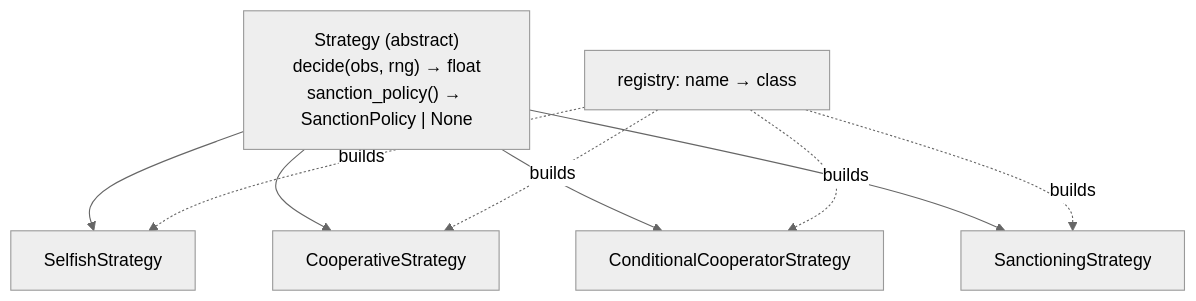
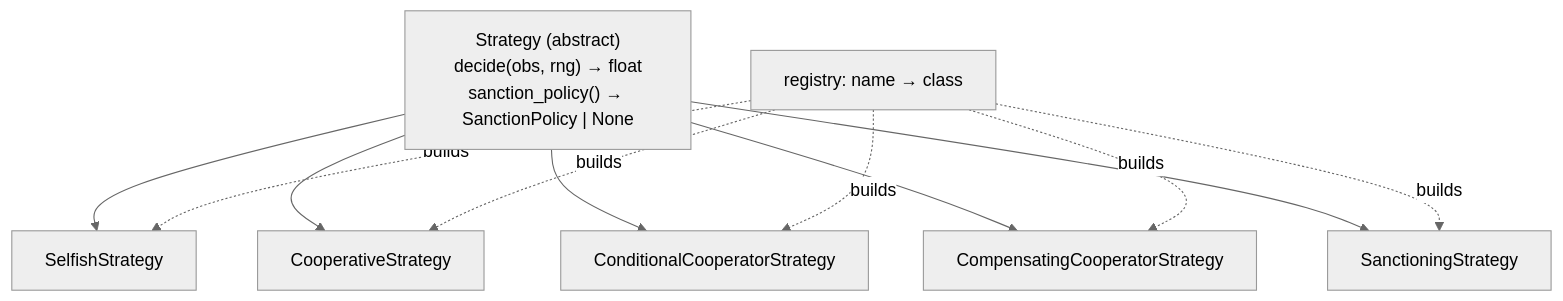
One commit to loonaarc/wfp2 changed the fourth of 6 diagrams in docs/code-walkthrough.md. Above: the diagram before and after it, drawn with Mermaid (neutral theme). The commit also changed other lines of this file and 14 other files, not shown here.

First line of the commit message:
Documentation cleanup: fix staleness after E4–E7; consolidate strategy list & roadmap

````diff
--- a/docs/code-walkthrough.md
+++ b/docs/code-walkthrough.md
@@ -267,8 +270,9 @@
 ```mermaid
 flowchart TB
     S["Strategy (abstract)<br/>decide(obs, rng) → float<br/>sanction_policy() → SanctionPolicy | None"] --> Se["SelfishStrategy"]
     S --> Co["CooperativeStrategy"]
     S --> Cc["ConditionalCooperatorStrategy"]
+    S --> Cp["CompensatingCooperatorStrategy"]
     S --> Sa["SanctioningStrategy"]
-    R["registry: name → class"] -.builds.-> Se & Co & Cc & Sa
+    R["registry: name → class"] -.builds.-> Se & Co & Cc & Cp & Sa
 ```
````
